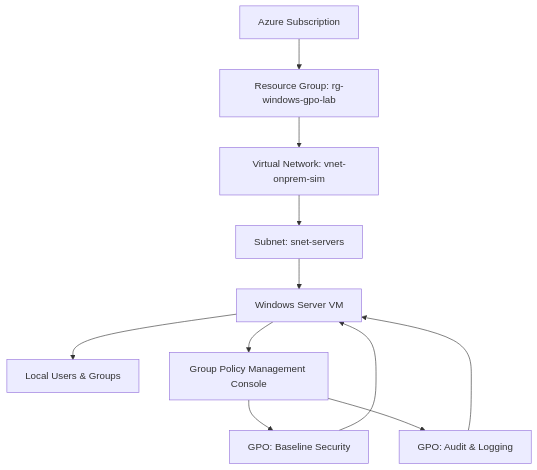
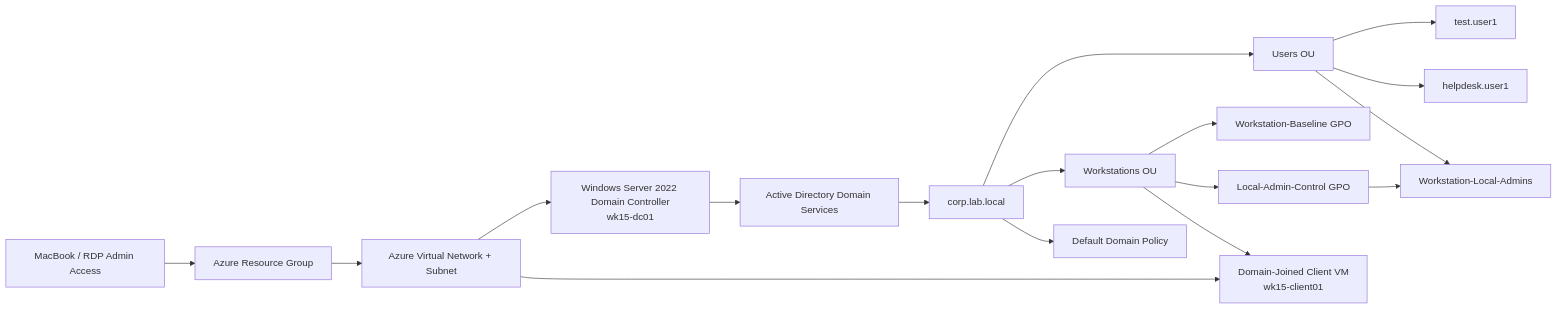
Before and after one commit to devinlaws50-wq/cyber-notes: the diagram in week-15-windows-server-gpo-hardening/README.md, drawn with Mermaid. The commit also changed other lines of this file, not shown here.

````diff
--- a/week-15-windows-server-gpo-hardening/README.md
+++ b/week-15-windows-server-gpo-hardening/README.md
@@ -17,15 +15,19 @@
 ```mermaid
-graph TD
-    A[Azure Subscription] --> B[Resource Group: rg-windows-gpo-lab]
-    B --> C[Virtual Network: vnet-onprem-sim]
-    C --> D[Subnet: snet-servers]
-    D --> E[Windows Server VM]
-
-    E --> F[Local Users & Groups]
-    E --> G[Group Policy Management Console]
-    G --> H[GPO: Baseline Security]
-    G --> I[GPO: Audit & Logging]
-
-    H --> E
-    I --> E
+flowchart LR
+    A[MacBook / RDP Admin Access] --> B[Azure Resource Group]
+    B --> C[Azure Virtual Network + Subnet]
+    C --> D[Windows Server 2022 Domain Controller<br/>wk15-dc01]
+    D --> E[Active Directory Domain Services]
+    E --> F[corp.lab.local]
+    F --> G[Users OU]
+    F --> H[Workstations OU]
+    G --> I[test.user1]
+    G --> J[helpdesk.user1]
+    G --> K[Workstation-Local-Admins]
+    F --> L[Default Domain Policy]
+    H --> M[Workstation-Baseline GPO]
+    H --> N[Local-Admin-Control GPO]
+    N --> K
+    C --> O[Domain-Joined Client VM<br/>wk15-client01]
+    H --> O
 ```
````
